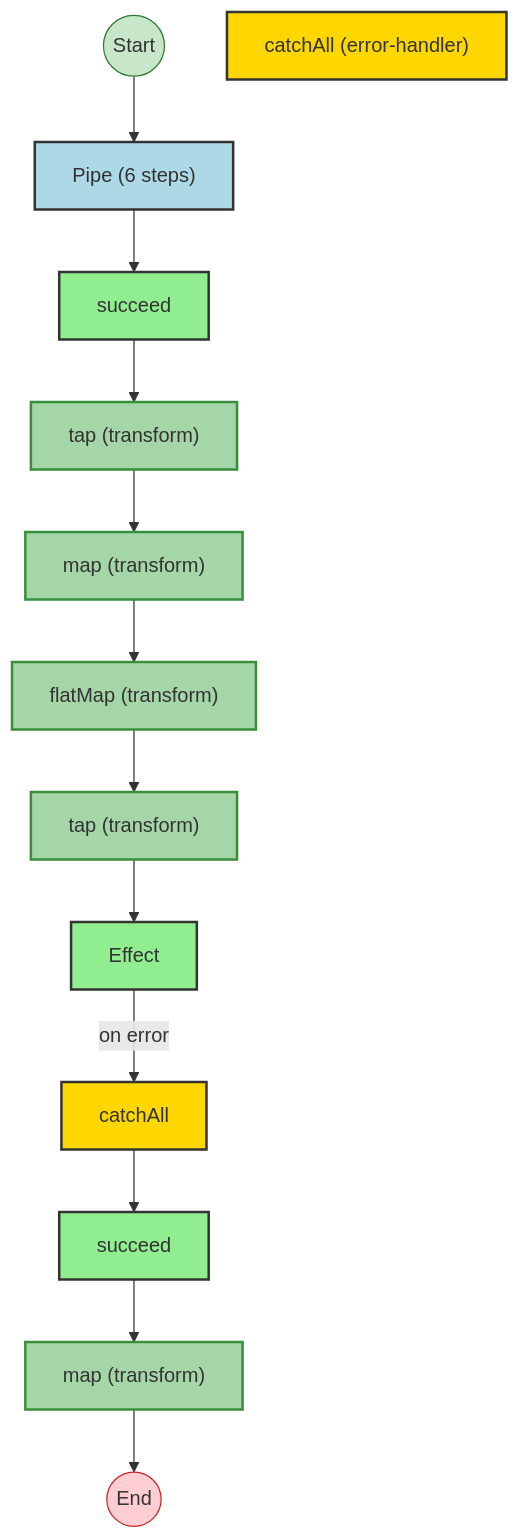
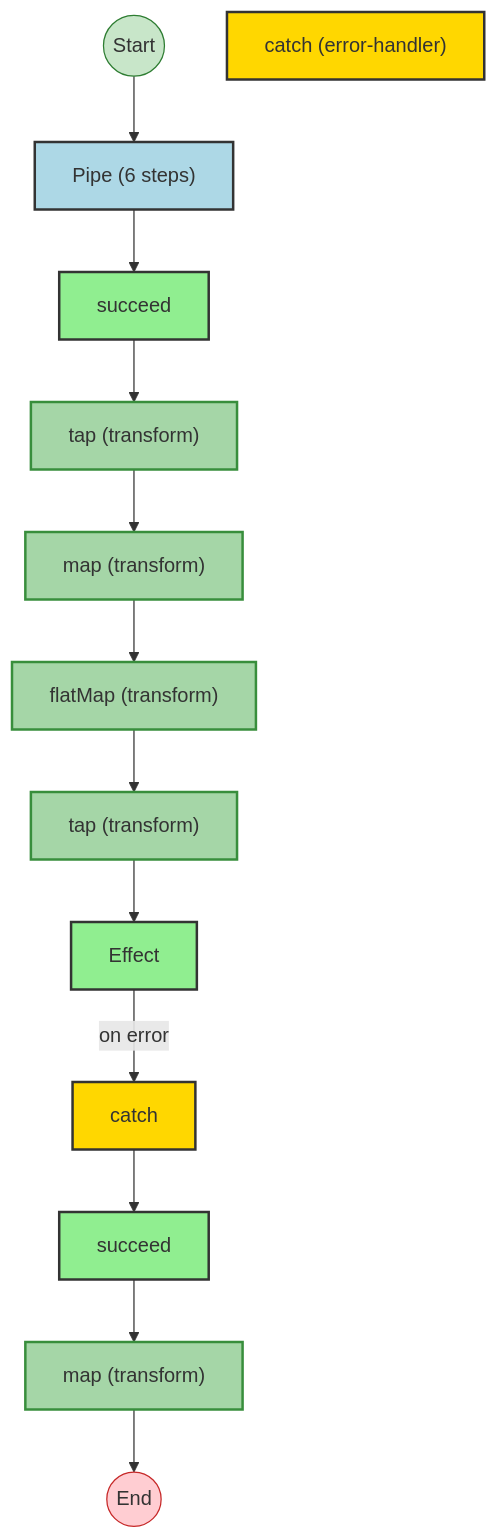
One commit to jagreehal/effect-analyzer changed the first of 2 diagrams in packages/effect-analyzer/src/__fixtures__/pipe-heavy.effect-analysis.md. Above: the diagram before and after it, drawn with Mermaid. The commit also changed 131 other files, not shown here.

First line of the commit message:
feat!: Effect v4-only architecture with decomposed analysis interface (#202)

````diff
--- a/packages/effect-analyzer/src/__fixtures__/pipe-heavy.effect-analysis.md
+++ b/packages/effect-analyzer/src/__fixtures__/pipe-heavy.effect-analysis.md
@@ -13,54 +13,54 @@
 ```mermaid
 flowchart TB
 
   %% Program: pipeHeavyProgram
 
   start((Start))
   end_node((End))
 
   n1["Pipe (6 steps)"]
   n2["succeed"]
   n3["tap (transform)"]
   n4["map (transform)"]
   n5["flatMap (transform)"]
   n6["tap (transform)"]
-  n7["catchAll (error-handler)"]
+  n7["catch (error-handler)"]
   n8["Effect"]
-  err_handler_9["catchAll"]
+  err_handler_9["catch"]
   n10["succeed"]
   n11["map (transform)"]
 
   %% Edges
   n2 --> n3
   n3 --> n4
   n4 --> n5
   n5 --> n6
   n8 -->|on error| err_handler_9
   err_handler_9 --> n10
   n6 --> n8
   n10 --> n11
   n1 --> n2
   start --> n1
   n11 --> end_node
 
   %% Styles
   classDef startStyle fill:#c8e6c9,stroke:#2e7d32
   classDef endStyle fill:#ffcdd2,stroke:#c62828
   classDef effectStyle fill:#90EE90,stroke:#333,stroke-width:2px
   classDef pipeStyle fill:#ADD8E6,stroke:#333,stroke-width:2px
   classDef errorHandlerStyle fill:#FFD700,stroke:#333,stroke-width:2px
   classDef transformStyle fill:#A5D6A7,stroke:#388E3C,stroke-width:2px
   class start startStyle
   class end_node endStyle
   class n1 pipeStyle
   class n2 effectStyle
   class n3 transformStyle
   class n4 transformStyle
   class n5 transformStyle
   class n6 transformStyle
   class n7 errorHandlerStyle
   class n8 effectStyle
   class err_handler_9 errorHandlerStyle
   class n10 effectStyle
   class n11 transformStyle
 ```
````
